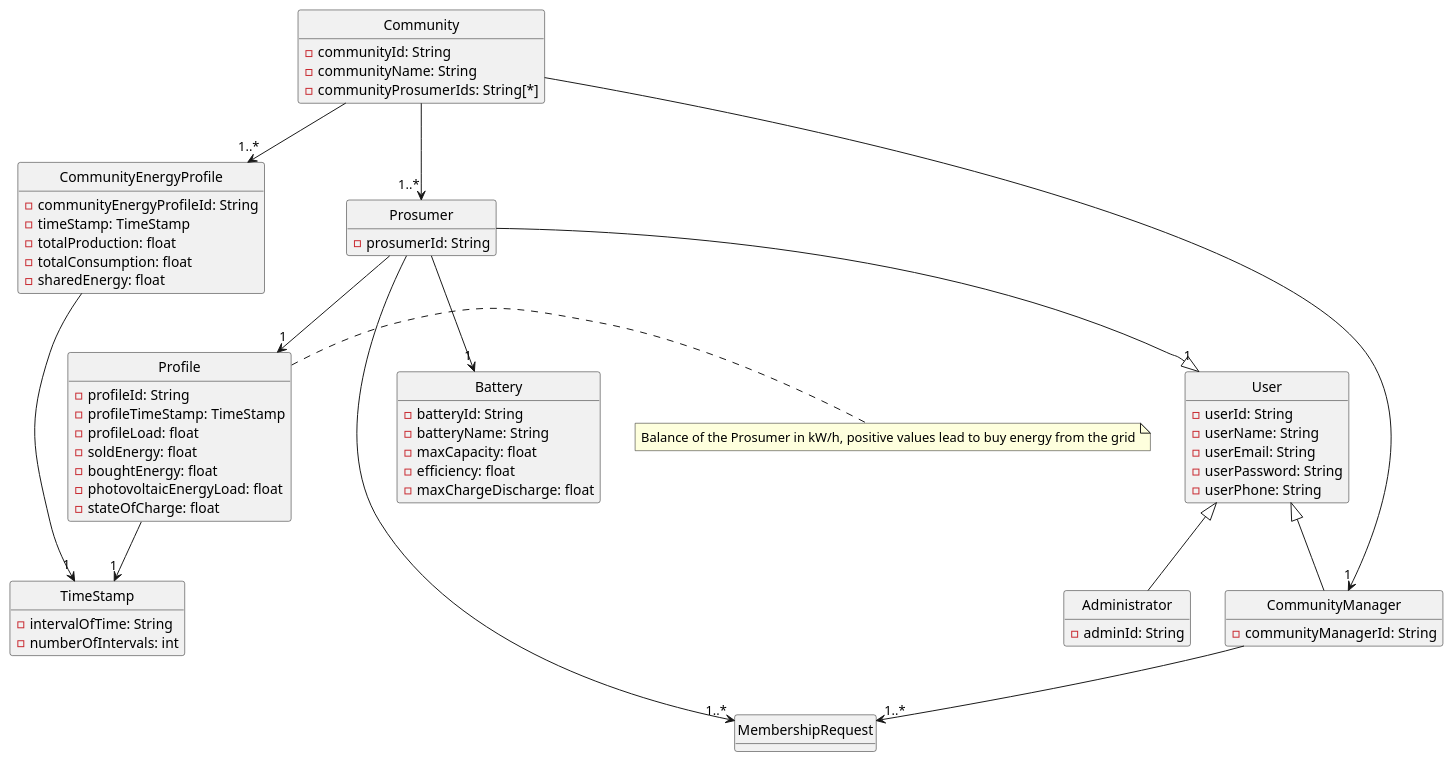
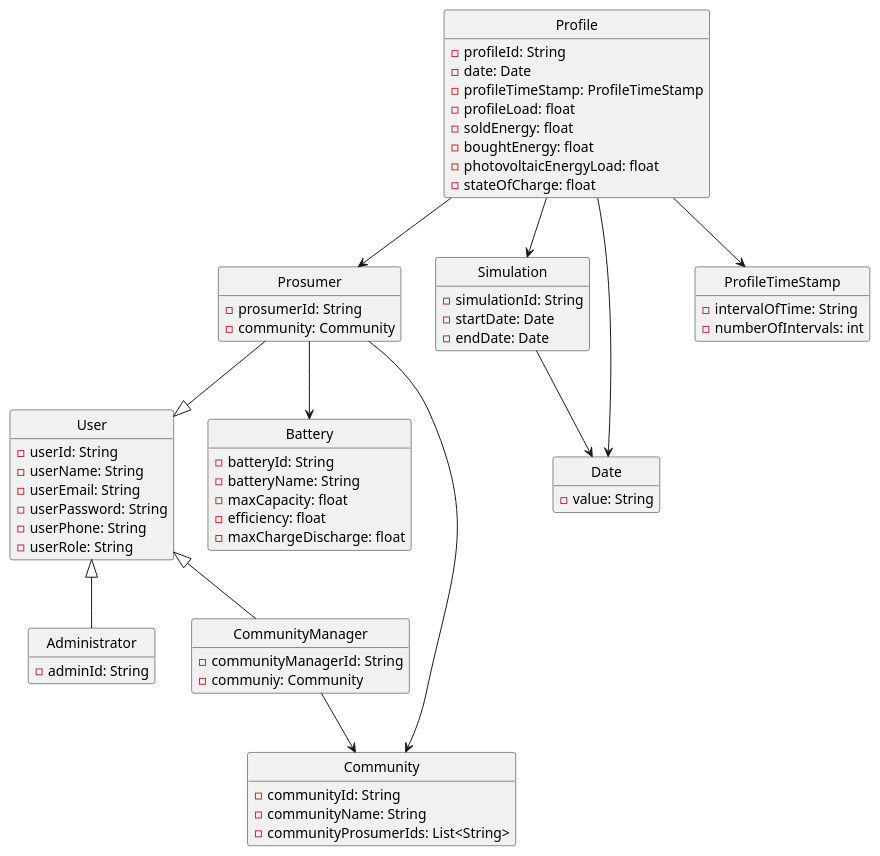
Diagram 17 of 27 in Documentation/README.md (Phenriquerafael/EnergyComunitiesPlatform), drawn with PlantUML before and after one commit. The commit also changed other lines of this file and 64 other files, not shown here.

````diff
--- a/Documentation/README.md
+++ b/Documentation/README.md
@@ -1498,14 +1516,17 @@
 skinparam style strictuml
 hide methods
 
-' Classes from DDD aggregates
+' Classes ajustadas segundo o modelo de domínio
+
 class Prosumer {
   - prosumerId: String
+  - community: Community
 }
 
 class Profile {
   - profileId: String
-  - profileTimeStamp: TimeStamp
+  - date: Date
+  - profileTimeStamp: ProfileTimeStamp
   - profileLoad: float
   - soldEnergy: float
   - boughtEnergy: float
@@ -1519,6 +1540,7 @@
   - userEmail: String
   - userPassword: String
   - userPhone: String
+  - userRole: String
 }
 
 class Administrator {
@@ -1527,6 +1549,7 @@
 
 class CommunityManager {
   - communityManagerId: String
+  - communiy: Community
 }
 
 class Battery {
@@ -1540,42 +1563,40 @@
 class Community {
   - communityId: String
   - communityName: String
-  - communityProsumerIds: String[*]
+  - communityProsumerIds: List<String>
 }
 
-
-class CommunityEnergyProfile {
-  - communityEnergyProfileId: String
-  - timeStamp: TimeStamp
-  - totalProduction: float
-  - totalConsumption: float
-  - sharedEnergy: float
+class Simulation {
+  - simulationId: String
+  - startDate: Date
+  - endDate: Date
 }
 
-class TimeStamp {
+class Date {
+  - value: String
+}
+
+class ProfileTimeStamp {
   - intervalOfTime: String
   - numberOfIntervals: int
 }
 
-' Relationships
-Prosumer --> "1" Profile
-Prosumer --> "1" Battery
-Prosumer --|> "1" User
-Prosumer --> "1..*" MembershipRequest
+' Relações corrigidas
 
-Profile --> "1" TimeStamp
+Prosumer -->  Battery
+Prosumer -->  Community
+Prosumer --|> User
+
+Profile -->  Prosumer
+Profile -->  Simulation
+Profile -->  ProfileTimeStamp
+Profile --> Date
 
 User <|-- Administrator
 User <|-- CommunityManager
 
-Community --> "1..*" Prosumer
-Community --> "1" CommunityManager
-Community --> "1..*" CommunityEnergyProfile
-CommunityManager --> "1..*" MembershipRequest
-
-CommunityEnergyProfile --> "1" TimeStamp
-
-note right of Profile: Balance of the Prosumer in kW/h, positive values lead to buy energy from the grid
+CommunityManager --> Community
+Simulation --> Date
 
 @enduml
 ```
````
